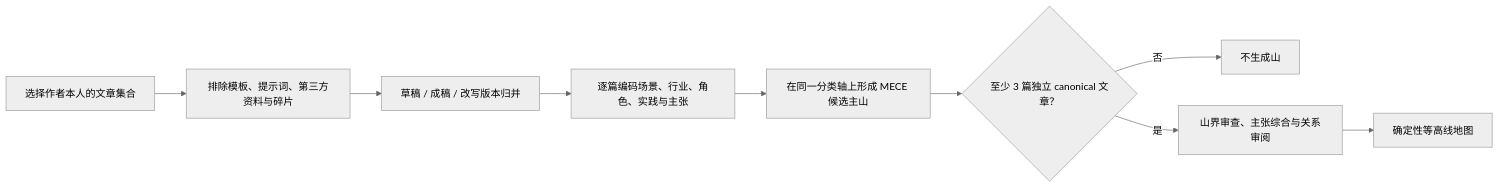
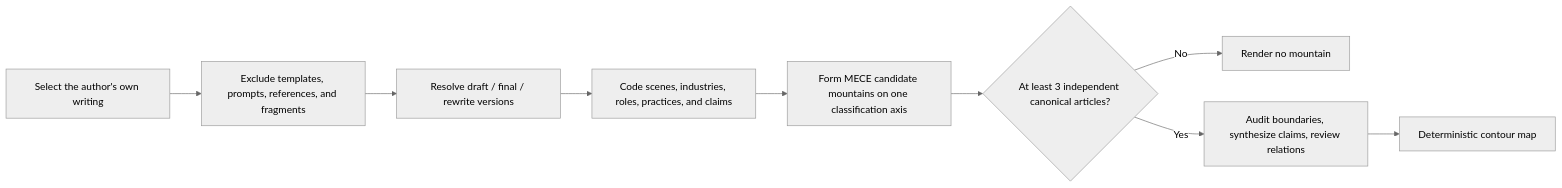
Before and after one commit to pakco77/wenshan-skill: the diagram in README.md, drawn with Mermaid (neutral theme). The commit also changed other lines of this file and 3 other files, not shown here.

````diff
--- a/README.md
+++ b/README.md
@@ -129,11 +151,11 @@
 ```mermaid
 flowchart LR
-    A["选择作者本人的文章集合"] --> B["排除模板、提示词、第三方资料与碎片"]
-    B --> C["草稿 / 成稿 / 改写版本归并"]
-    C --> D["逐篇编码场景、行业、角色、实践与主张"]
-    D --> E["在同一分类轴上形成 MECE 候选主山"]
-    E --> F{"至少 3 篇独立 canonical 文章？"}
-    F -- "否" --> G["不生成山"]
-    F -- "是" --> H["山界审查、主张综合与关系审阅"]
-    H --> I["确定性等高线地图"]
+    A["Select the author's own writing"] --> B["Exclude templates, prompts, references, and fragments"]
+    B --> C["Resolve draft / final / rewrite versions"]
+    C --> D["Code scenes, industries, roles, practices, and claims"]
+    D --> E["Form MECE candidate mountains on one classification axis"]
+    E --> F{"At least 3 independent canonical articles?"}
+    F -- "No" --> G["Render no mountain"]
+    F -- "Yes" --> H["Audit boundaries, synthesize claims, review relations"]
+    H --> I["Deterministic contour map"]
 ```
````
